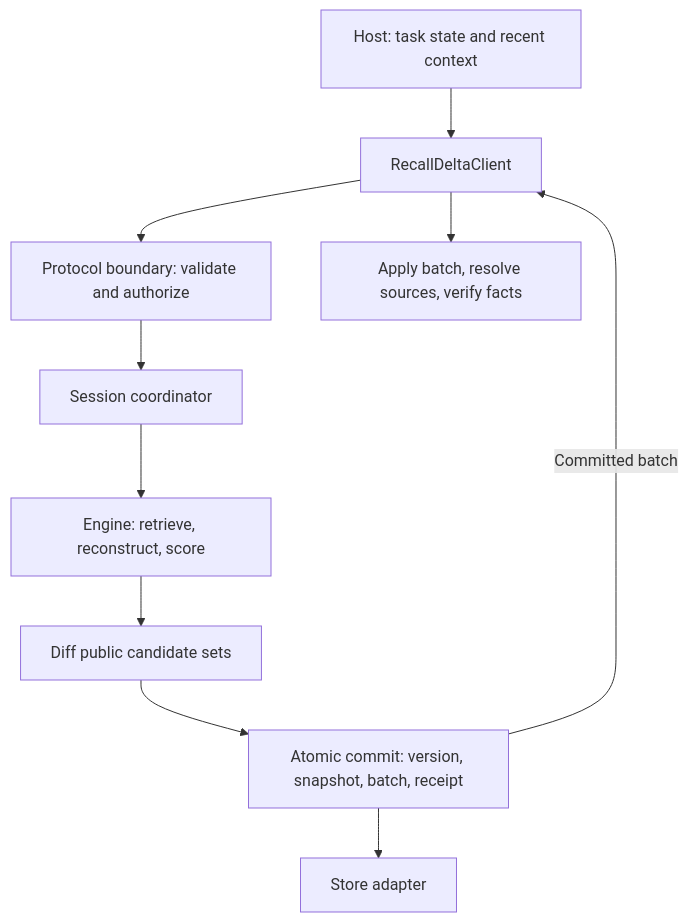
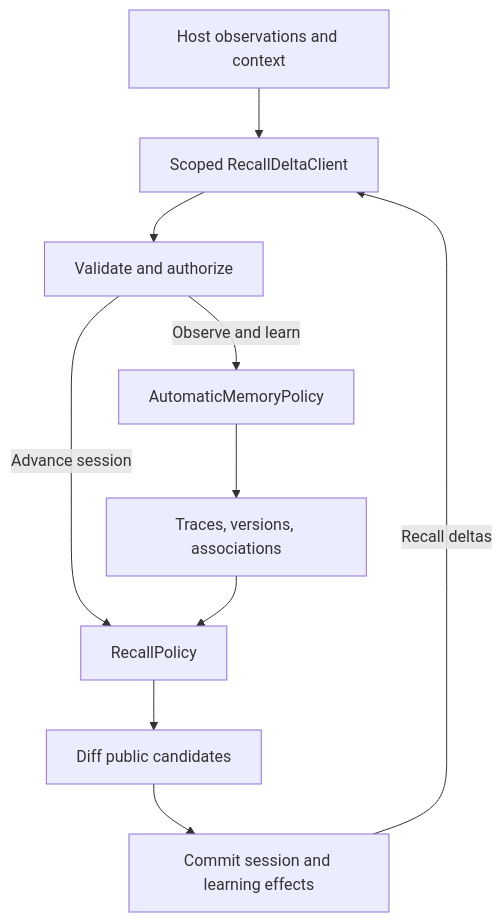
Before and after one commit to skein-js/recall-delta: the first of 5 diagrams in docs/conceptual-typescript.md, drawn with Mermaid. The commit also changed other lines of this file and 11 other files, not shown here.

````diff
--- a/docs/conceptual-typescript.md
+++ b/docs/conceptual-typescript.md
@@ -7,12 +7,12 @@
 ```mermaid
 flowchart TB
-    H["Host: task state and recent context"] --> C["RecallDeltaClient"]
-    C --> B["Protocol boundary: validate and authorize"]
-    B --> S["Session coordinator"]
-    S --> E["Engine: retrieve, reconstruct, score"]
-    E --> D["Diff public candidate sets"]
-    D --> K["Atomic commit: version, snapshot, batch, receipt"]
-    K --> P["Store adapter"]
-    K -->|"Committed batch"| C
-    C --> A["Apply batch, resolve sources, verify facts"]
+    host["Host observations and context"] --> client["Scoped RecallDeltaClient"]
+    client --> boundary["Validate and authorize"]
+    boundary -->|"Observe and learn"| policy["AutomaticMemoryPolicy"]
+    policy --> memory["Traces, versions, associations"]
+    boundary -->|"Advance session"| recall["RecallPolicy"]
+    memory --> recall
+    recall --> diff["Diff public candidates"]
+    diff --> commit["Commit session and learning effects"]
+    commit -->|"Recall deltas"| client
 ```
````
